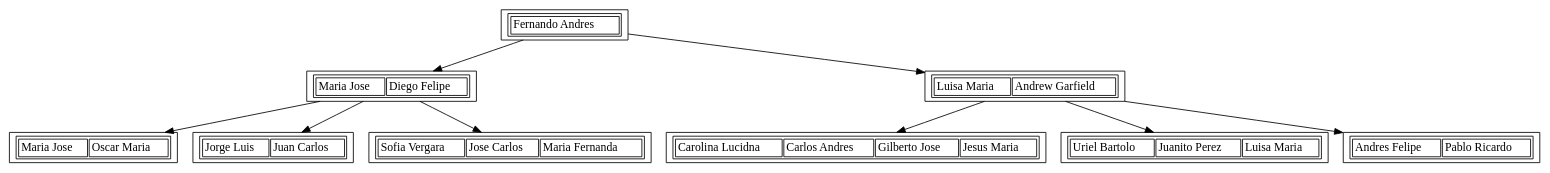
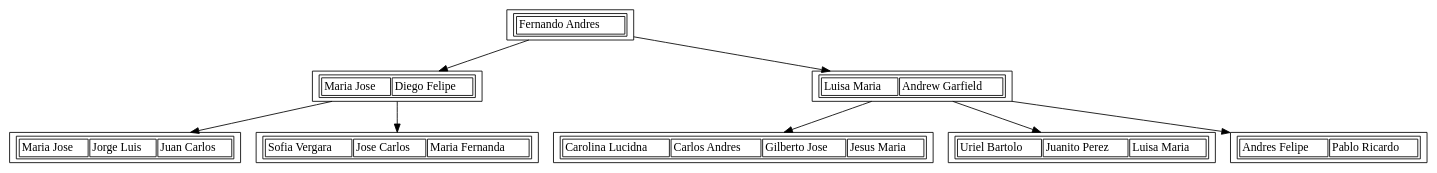
Before and after one commit to DiegoCali/EDD_PROYECTO_202201128: the diagram in Fase 2/outputs/clients.dot, drawn with Graphviz. The commit also changed 3 other files, not shown here.

```diff
--- a/Fase 2/outputs/clients.dot
+++ b/Fase 2/outputs/clients.dot
@@ -1,19 +1,17 @@
 digraph clients {
 node_81 [label=<<TABLE><TR><TD>Fernando Andres</TD></TR></TABLE>>, shape="record"];
 node_16 [label=<<TABLE><TR><TD>Maria Jose</TD><TD>Diego Felipe</TD></TR></TABLE>>, shape="record"];
-node_3 [label=<<TABLE><TR><TD>Maria Jose</TD><TD>Oscar Maria</TD></TR></TABLE>>, shape="record"];
-node_16 -> node_3 ;
-node_79 [label=<<TABLE><TR><TD>Jorge Luis</TD><TD>Juan Carlos</TD></TR></TABLE>>, shape="record"];
+node_79 [label=<<TABLE><TR><TD>Maria Jose</TD><TD>Jorge Luis</TD><TD>Juan Carlos</TD></TR></TABLE>>, shape="record"];
 node_16 -> node_79 ;
 node_14 [label=<<TABLE><TR><TD>Sofia Vergara</TD><TD>Jose Carlos</TD><TD>Maria Fernanda</TD></TR></TABLE>>, shape="record"];
 node_16 -> node_14 ;
 node_81 -> node_16 ;
 node_78 [label=<<TABLE><TR><TD>Luisa Maria</TD><TD>Andrew Garfield</TD></TR></TABLE>>, shape="record"];
 node_43 [label=<<TABLE><TR><TD>Carolina Lucidna</TD><TD>Carlos Andres</TD><TD>Gilberto Jose</TD><TD>Jesus Maria</TD></TR></TABLE>>, shape="record"];
 node_78 -> node_43 ;
 node_27 [label=<<TABLE><TR><TD>Uriel Bartolo</TD><TD>Juanito Perez</TD><TD>Luisa Maria</TD></TR></TABLE>>, shape="record"];
 node_78 -> node_27 ;
 node_55 [label=<<TABLE><TR><TD>Andres Felipe</TD><TD>Pablo Ricardo</TD></TR></TABLE>>, shape="record"];
 node_78 -> node_55 ;
 node_81 -> node_78 ;
 }
```
